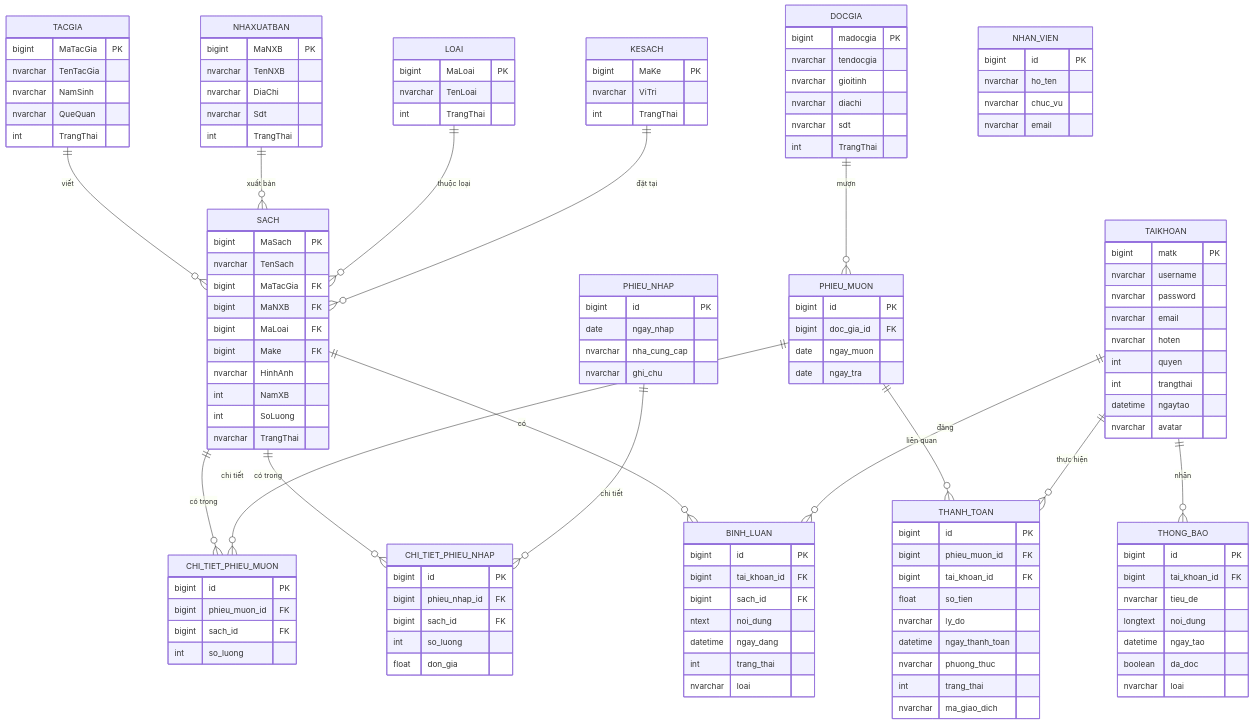
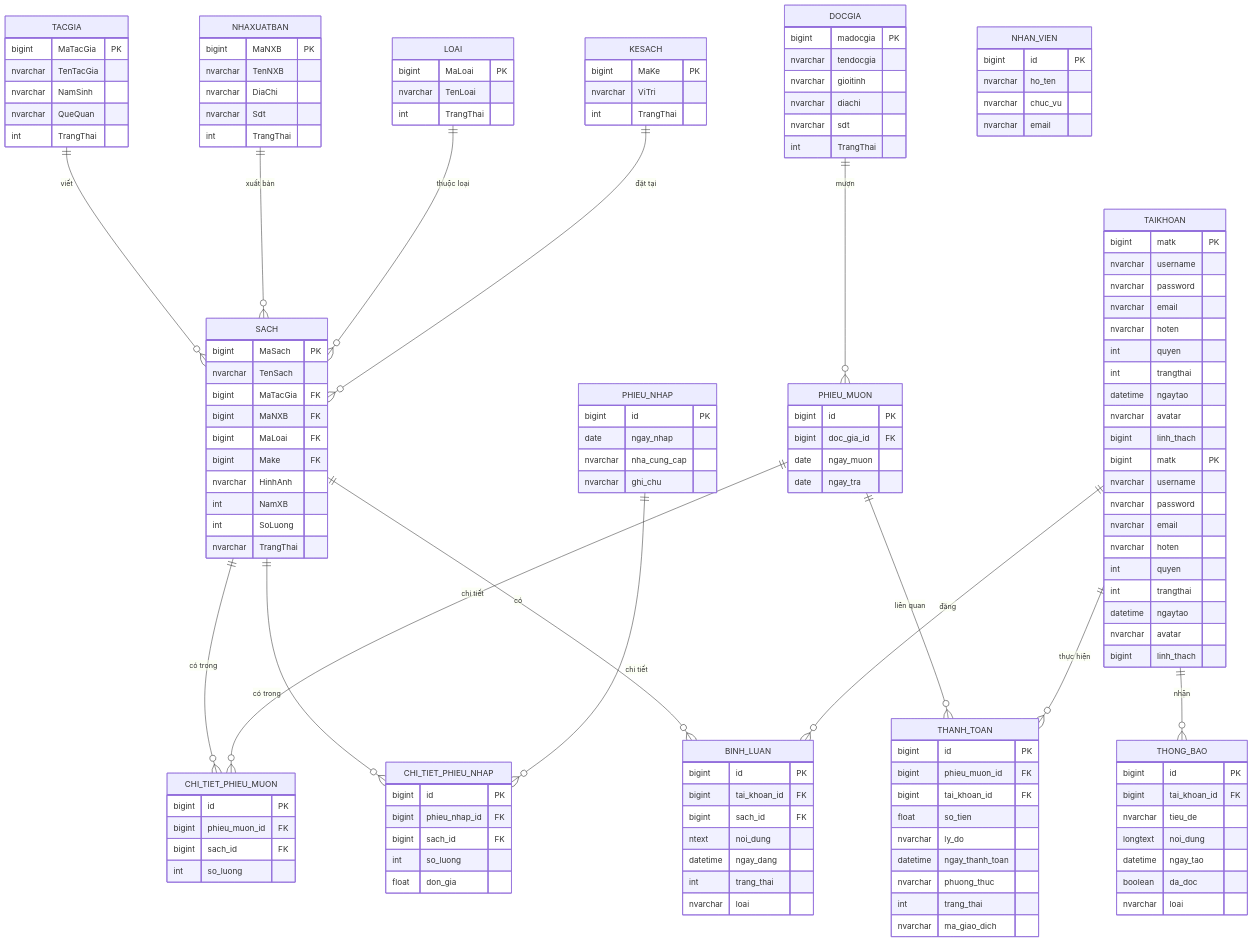
Before and after one commit to nguyentanphong-12022k5/QL_Sach: the diagram in README.md, drawn with Mermaid. The commit also changed other lines of this file and 9 other files, not shown here.

```diff
--- a/README.md
+++ b/README.md
@@ -210,6 +222,18 @@
     TAIKHOAN ||--o{ BINH_LUAN : "đăng"
     TAIKHOAN ||--o{ THANH_TOAN : "thực hiện"
     TAIKHOAN ||--o{ THONG_BAO : "nhận"
+    TAIKHOAN {
+        bigint matk PK
+        nvarchar username
+        nvarchar password
+        nvarchar email
+        nvarchar hoten
+        int quyen
+        int trangthai
+        datetime ngaytao
+        nvarchar avatar
+        bigint linh_thach
+    }
 
     TACGIA {
         bigint MaTacGia PK
@@ -290,6 +314,7 @@
         int trangthai
         datetime ngaytao
         nvarchar avatar
+        bigint linh_thach
     }
     BINH_LUAN {
         bigint id PK
```
